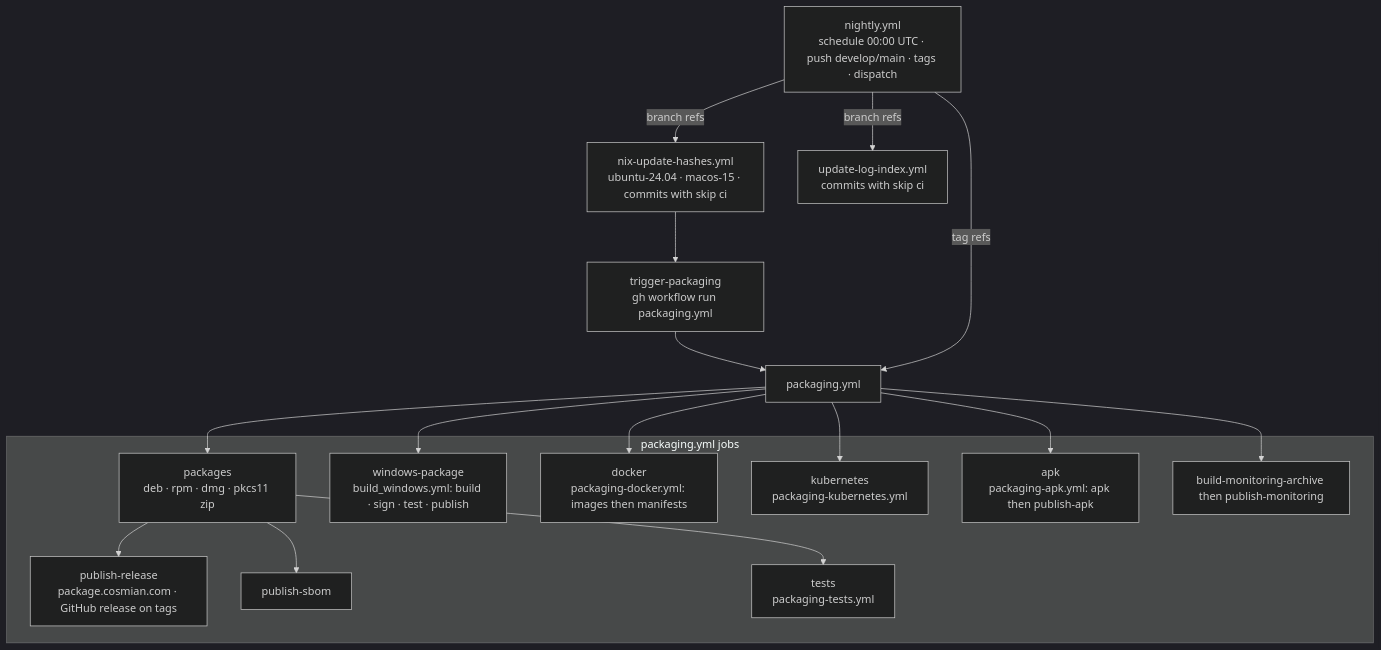
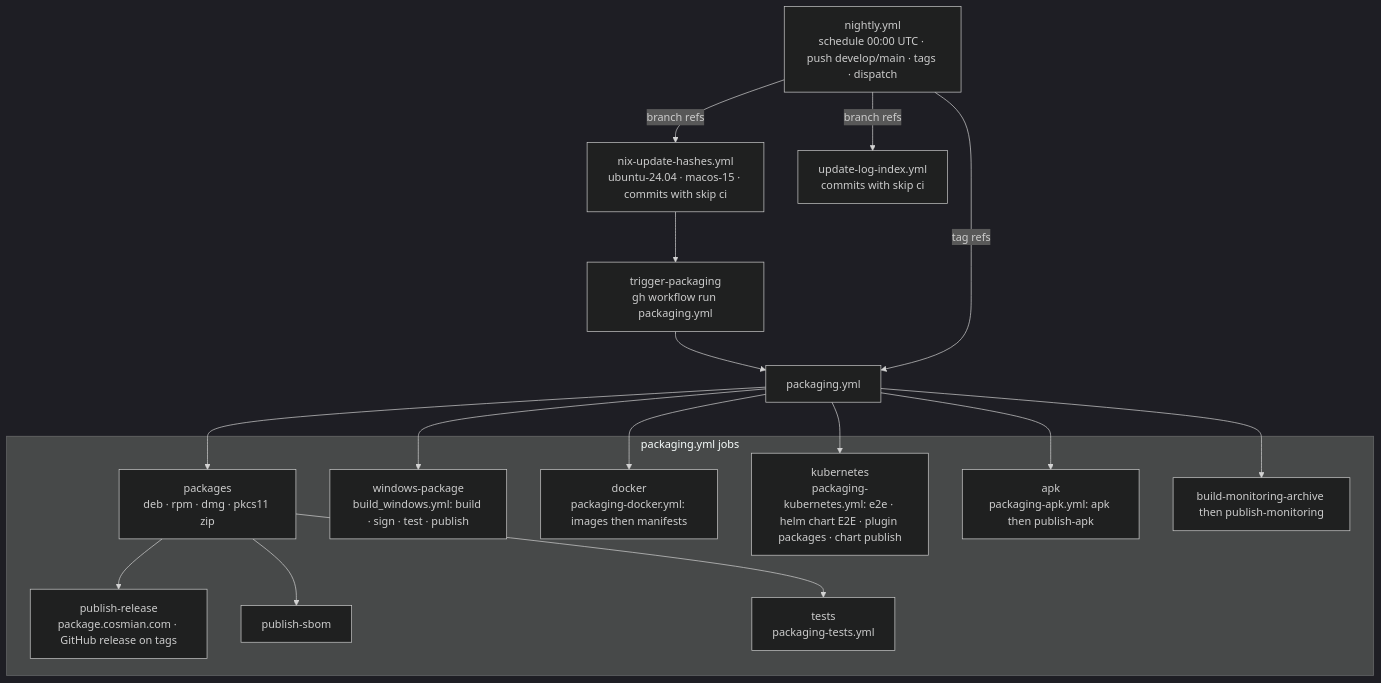
The diagram in .github/workflows/README_nightly.md (Cosmian/kms), drawn with Mermaid (dark theme) before and after one commit. The commit also changed 8 other files, not shown here.

Commit message:
ci: group supply-chain, no-nix and windows jobs; move helm E2E to packaging-kubernetes

````diff
--- a/.github/workflows/README_nightly.md
+++ b/.github/workflows/README_nightly.md
@@ -14,24 +14,24 @@
 ```mermaid
 flowchart TB
     Nightly["nightly.yml<br/>schedule 00:00 UTC · push develop/main · tags · dispatch"]
     Hashes["nix-update-hashes.yml<br/>ubuntu-24.04 · macos-15 · commits with skip ci"]
     LogIdx["update-log-index.yml<br/>commits with skip ci"]
     Trigger["trigger-packaging<br/>gh workflow run packaging.yml"]
     Pkg["packaging.yml"]
     Nightly -- "branch refs" --> Hashes & LogIdx
     Hashes --> Trigger --> Pkg
     Nightly -- "tag refs" --> Pkg
     subgraph PkgJobs["packaging.yml jobs"]
         Packages["packages<br/>deb · rpm · dmg · pkcs11 zip"]
         PubRel["publish-release<br/>package.cosmian.com · GitHub release on tags"]
         PubSbom["publish-sbom"]
         PkgTests["tests<br/>packaging-tests.yml"]
         WinPkg["windows-package<br/>build_windows.yml: build · sign · test · publish"]
         Docker["docker<br/>packaging-docker.yml: images then manifests"]
-        K8s["kubernetes<br/>packaging-kubernetes.yml"]
+        K8s["kubernetes<br/>packaging-kubernetes.yml: e2e · helm chart E2E · plugin packages · chart publish"]
         Apk["apk<br/>packaging-apk.yml: apk then publish-apk"]
         Mon["build-monitoring-archive then publish-monitoring"]
     end
     Pkg --> Packages & WinPkg & Docker & K8s & Apk & Mon
     Packages --> PubRel & PubSbom & PkgTests
 ```
````
